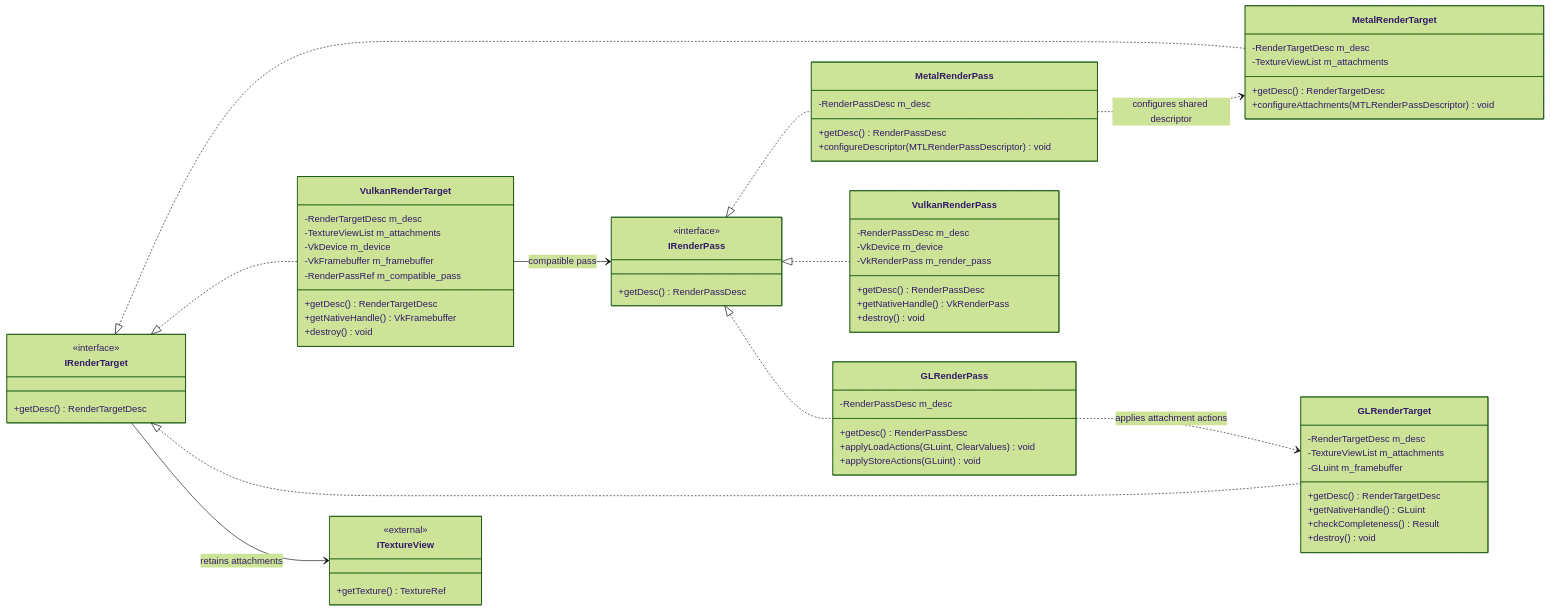
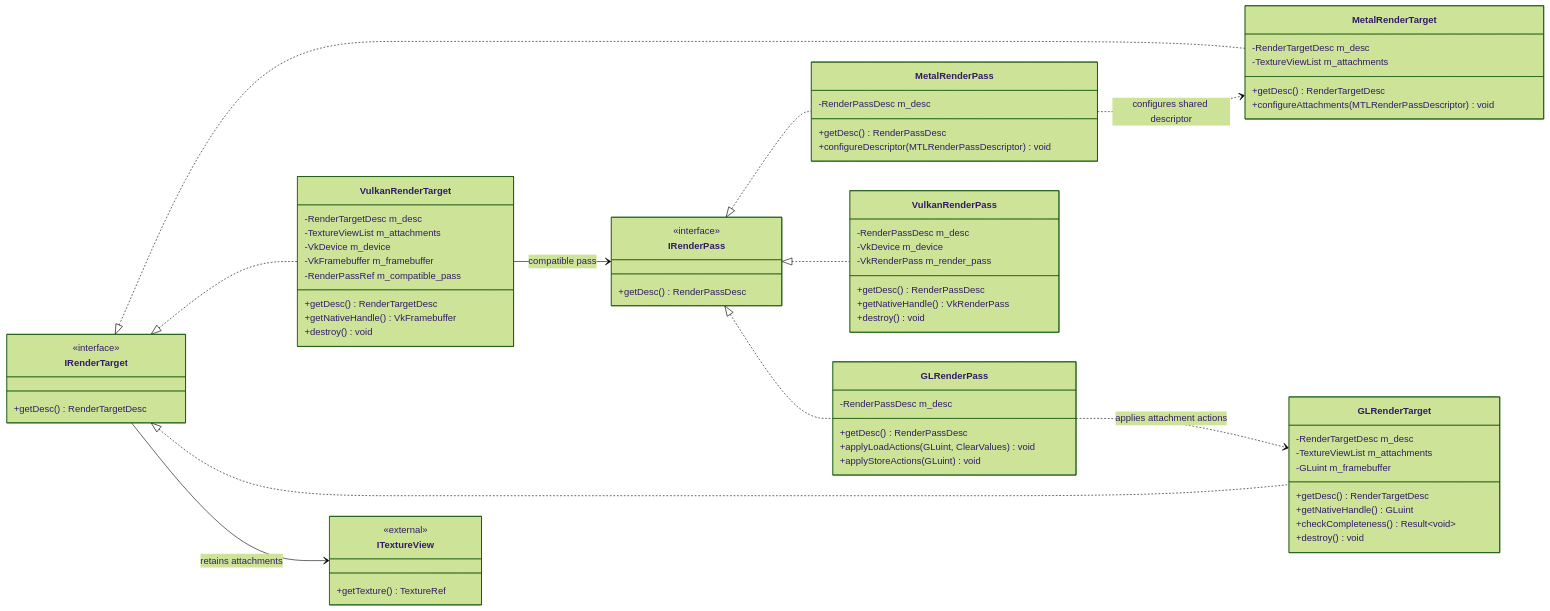
One commit to oyanymous/mango changed the diagram in docs/diagrams/RHI_RENDER_TARGETS.mmd. Above: the diagram before and after it, drawn with Mermaid (forest theme). The commit also changed 5 other files, not shown here.

First line of the commit message:
docs(rhi): parameterize Result types in RHI diagrams

```diff
--- a/docs/diagrams/RHI_RENDER_TARGETS.mmd
+++ b/docs/diagrams/RHI_RENDER_TARGETS.mmd
@@ -1,72 +1,72 @@
 classDiagram
     direction LR
     %% Proposed design, not source-verified. Native type names are conceptual.
     %% Interfaces declare behavior; concrete backend classes hold implementation state.
     %% Render passes and render targets
     %% External references mirror the public APIs in their owning RHI files.
     class IRenderPass {
         <<interface>>
         +getDesc() RenderPassDesc
     }
     class MetalRenderPass {
         -RenderPassDesc m_desc
         +getDesc() RenderPassDesc
         +configureDescriptor(MTLRenderPassDescriptor) void
     }
     class VulkanRenderPass {
         -RenderPassDesc m_desc
         -VkDevice m_device
         -VkRenderPass m_render_pass
         +getDesc() RenderPassDesc
         +getNativeHandle() VkRenderPass
         +destroy() void
     }
     class GLRenderPass {
         -RenderPassDesc m_desc
         +getDesc() RenderPassDesc
         +applyLoadActions(GLuint, ClearValues) void
         +applyStoreActions(GLuint) void
     }
     class IRenderTarget {
         <<interface>>
         +getDesc() RenderTargetDesc
     }
     class MetalRenderTarget {
         -RenderTargetDesc m_desc
         -TextureViewList m_attachments
         +getDesc() RenderTargetDesc
         +configureAttachments(MTLRenderPassDescriptor) void
     }
     class VulkanRenderTarget {
         -RenderTargetDesc m_desc
         -TextureViewList m_attachments
         -VkDevice m_device
         -VkFramebuffer m_framebuffer
         -RenderPassRef m_compatible_pass
         +getDesc() RenderTargetDesc
         +getNativeHandle() VkFramebuffer
         +destroy() void
     }
     class GLRenderTarget {
         -RenderTargetDesc m_desc
         -TextureViewList m_attachments
         -GLuint m_framebuffer
         +getDesc() RenderTargetDesc
         +getNativeHandle() GLuint
-        +checkCompleteness() Result
+        +checkCompleteness() Result~void~
         +destroy() void
     }
     class ITextureView {
         <<external>>
         +getTexture() TextureRef
     }
     IRenderPass <|.. MetalRenderPass
     IRenderPass <|.. VulkanRenderPass
     IRenderPass <|.. GLRenderPass
     IRenderTarget <|.. MetalRenderTarget
     IRenderTarget <|.. VulkanRenderTarget
     IRenderTarget <|.. GLRenderTarget
     IRenderTarget --> ITextureView : retains attachments
     VulkanRenderTarget --> IRenderPass : compatible pass
     MetalRenderPass ..> MetalRenderTarget : configures shared descriptor
     GLRenderPass ..> GLRenderTarget : applies attachment actions
```
